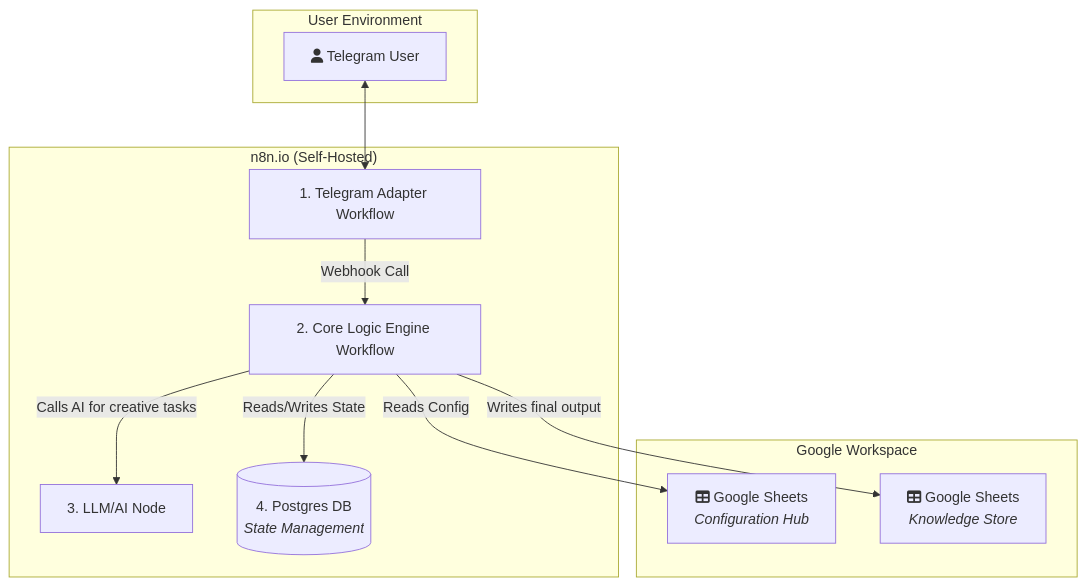
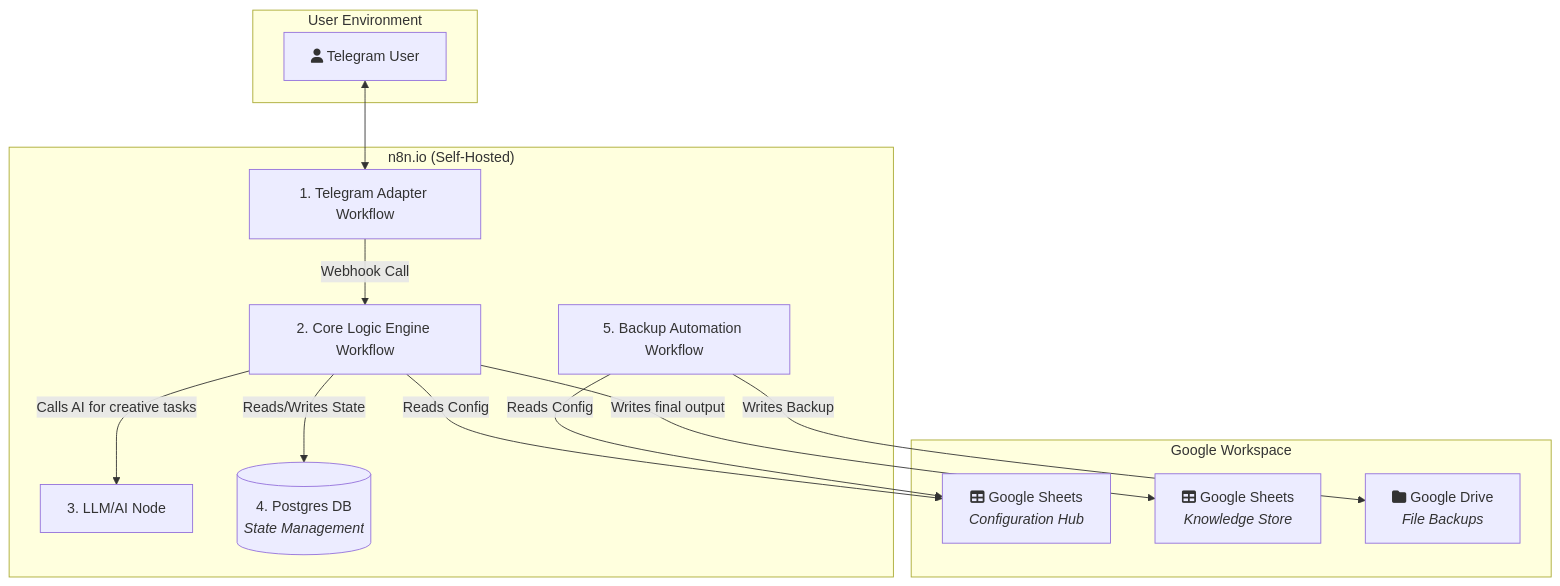
The diagram in architecture_diagrams/High_Level_Component_Diagram.mmd (EldoTennis/Eldoraigne-Automations-Chatbot), drawn with Mermaid before and after one commit.

````diff
--- a/architecture_diagrams/High_Level_Component_Diagram.mmd
+++ b/architecture_diagrams/High_Level_Component_Diagram.mmd
@@ -1,25 +1,27 @@
-```mermaid
 graph TD
     subgraph "User Environment"
         U[<i class='fa fa-user'></i> Telegram User]
     end
 
     subgraph "n8n.io (Self-Hosted)"
         TA[1. Telegram Adapter Workflow]
         CE[2. Core Logic Engine Workflow]
         LLM[3. LLM/AI Node]
         DB[(4. Postgres DB<br><i>State Management</i>)]
+        BA[5. Backup Automation Workflow]
     end
 
     subgraph "Google Workspace"
         GSC[<i class='fa fa-table'></i> Google Sheets<br><i>Configuration Hub</i>]
         GSK[<i class='fa fa-table'></i> Google Sheets<br><i>Knowledge Store</i>]
+        GDB[<i class='fa fa-folder'></i> Google Drive<br><i>File Backups</i>]
     end
 
     U <--> TA
     TA -- Webhook Call --> CE
     CE -- Reads/Writes State --> DB
     CE -- Reads Config --> GSC
     CE -- Calls AI for creative tasks --> LLM
     CE -- Writes final output --> GSK
-```
+    BA -- Reads Config --> GSC
+    BA -- Writes Backup --> GDB
````
